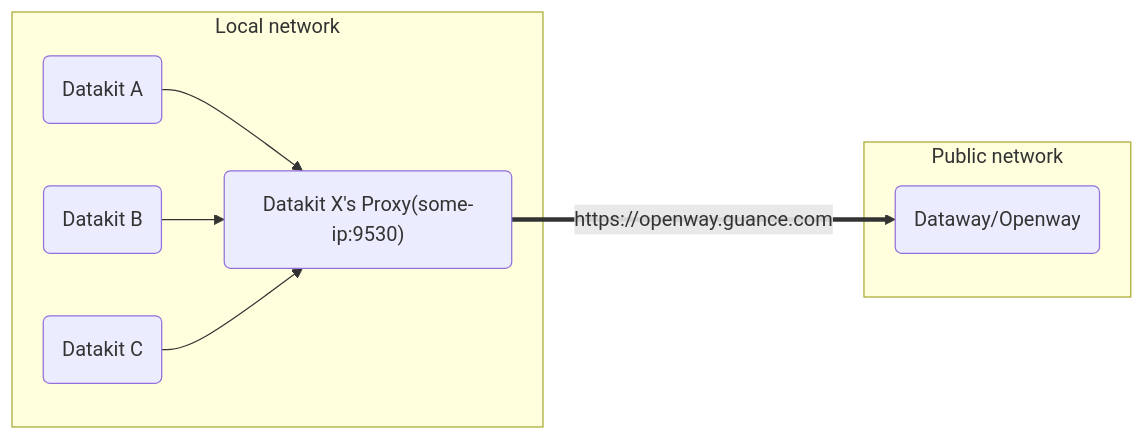
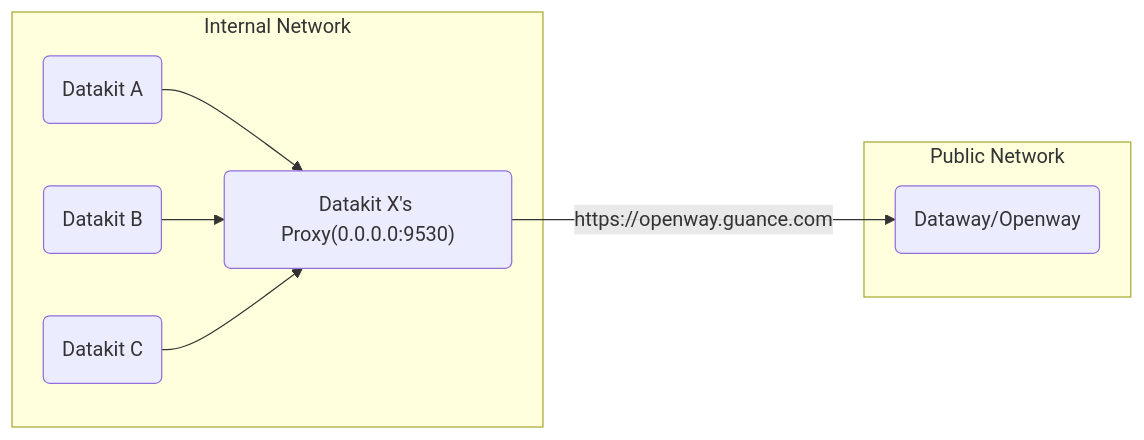
The diagram in docs/en/integrations/proxy.md (GuanceCloud/guance-docs), drawn with Mermaid before and after one commit. The commit also changed other lines of this file and 11247 other files, not shown here.

````diff
--- a/docs/en/integrations/proxy.md
+++ b/docs/en/integrations/proxy.md
@@ -68,18 +93,18 @@
 ``` mermaid
 flowchart LR;
 dk_A(Datakit A);
 dk_B(Datakit B);
 dk_C(Datakit C);
-dk_X_proxy("Datakit X's Proxy(some-ip:9530)");
+dk_X_proxy("Datakit X's Proxy(0.0.0.0:9530)");
 dw(Dataway/Openway);
 
-subgraph "Local network"
+subgraph "Internal Network"
 dk_A --> dk_X_proxy;
 dk_B --> dk_X_proxy;
 dk_C --> dk_X_proxy;
 end
 
-subgraph "Public network"
-dk_X_proxy ==> |https://openway.guance.com|dw;
+subgraph "Public Network"
+dk_X_proxy --> |https://openway.guance.com|dw;
 end
 ```
````
